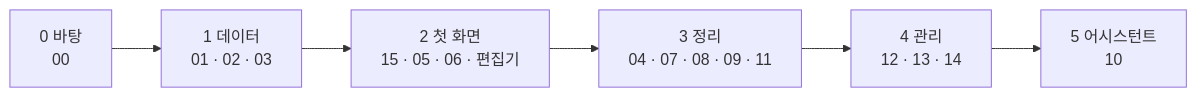
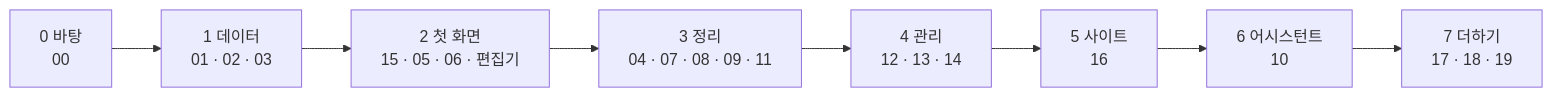
The diagram in docs/design/features/build.md (monti-cms/monti), drawn with Mermaid before and after one commit. The commit also changed other lines of this file and 8 other files, not shown here.

````diff
--- a/docs/design/features/build.md
+++ b/docs/design/features/build.md
@@ -26,8 +26,10 @@
 ```mermaid
 flowchart LR
   S0["0 바탕<br/>00"] --> S1["1 데이터<br/>01 · 02 · 03"]
   S1 --> S2["2 첫 화면<br/>15 · 05 · 06 · 편집기"]
   S2 --> S3["3 정리<br/>04 · 07 · 08 · 09 · 11"]
   S3 --> S4["4 관리<br/>12 · 13 · 14"]
-  S4 --> S5["5 어시스턴트<br/>10"]
+  S4 --> S5["5 사이트<br/>16"]
+  S5 --> S6["6 어시스턴트<br/>10"]
+  S6 --> S7["7 더하기<br/>17 · 18 · 19"]
 ```
````
